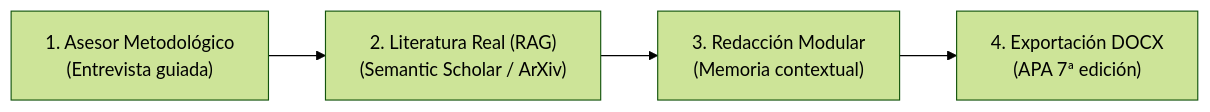
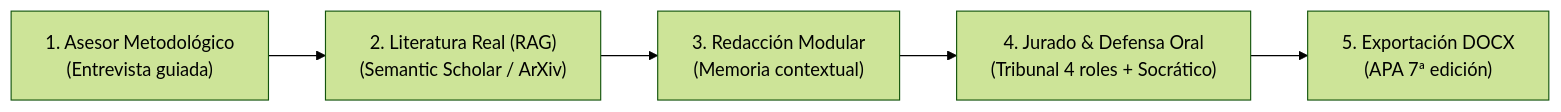
One commit to oscarbol09/thesisforge changed the diagram in docs/index.md. Above: the diagram before and after it, drawn with Mermaid (forest theme). The commit also changed other lines of this file and 5 other files, not shown here.

````diff
--- a/docs/index.md
+++ b/docs/index.md
@@ -15,6 +15,7 @@
 ```mermaid
 graph LR
     A["1. Asesor Metodológico\n(Entrevista guiada)"] --> B["2. Literatura Real (RAG)\n(Semantic Scholar / ArXiv)"]
     B --> C["3. Redacción Modular\n(Memoria contextual)"]
-    C --> D["4. Exportación DOCX\n(APA 7ª edición)"]
+    C --> D["4. Jurado & Defensa Oral\n(Tribunal 4 roles + Socrático)"]
+    D --> E["5. Exportación DOCX\n(APA 7ª edición)"]
 ```
````
